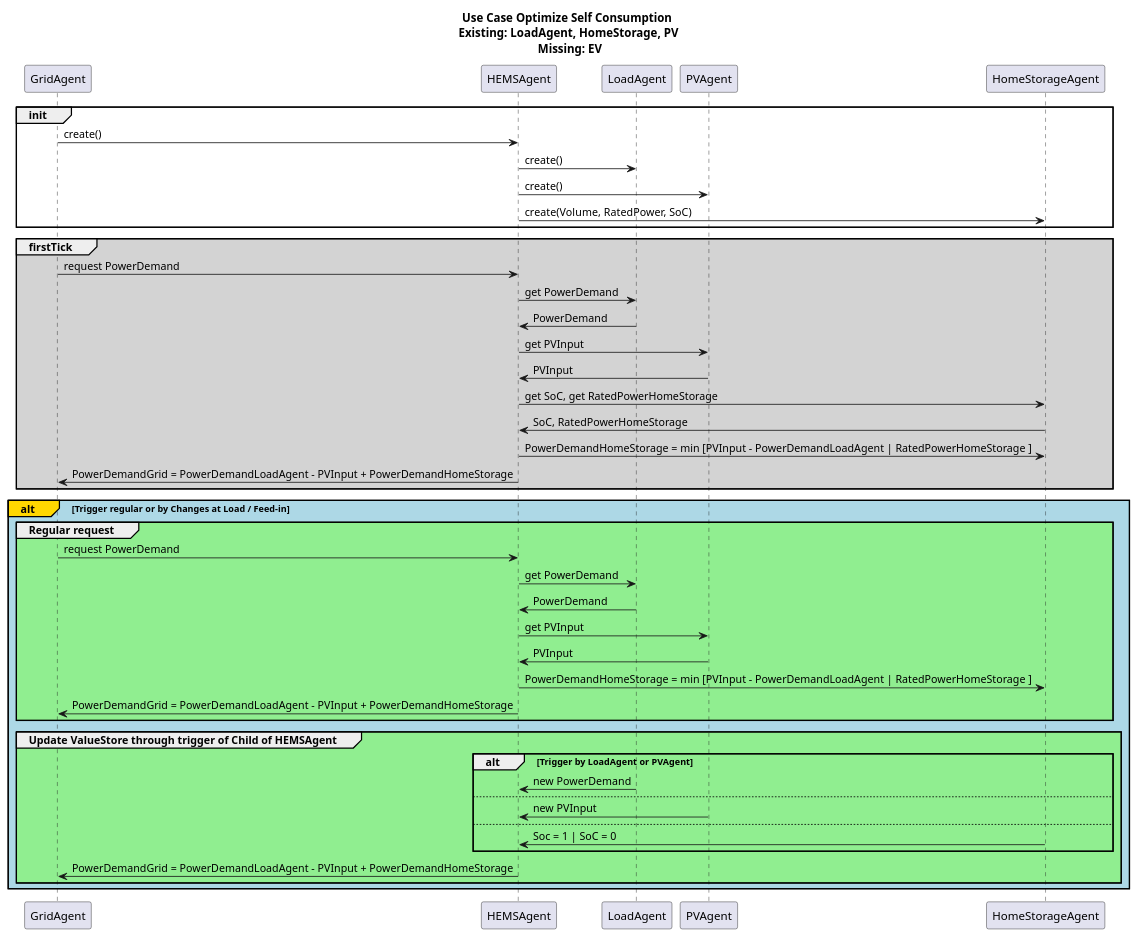
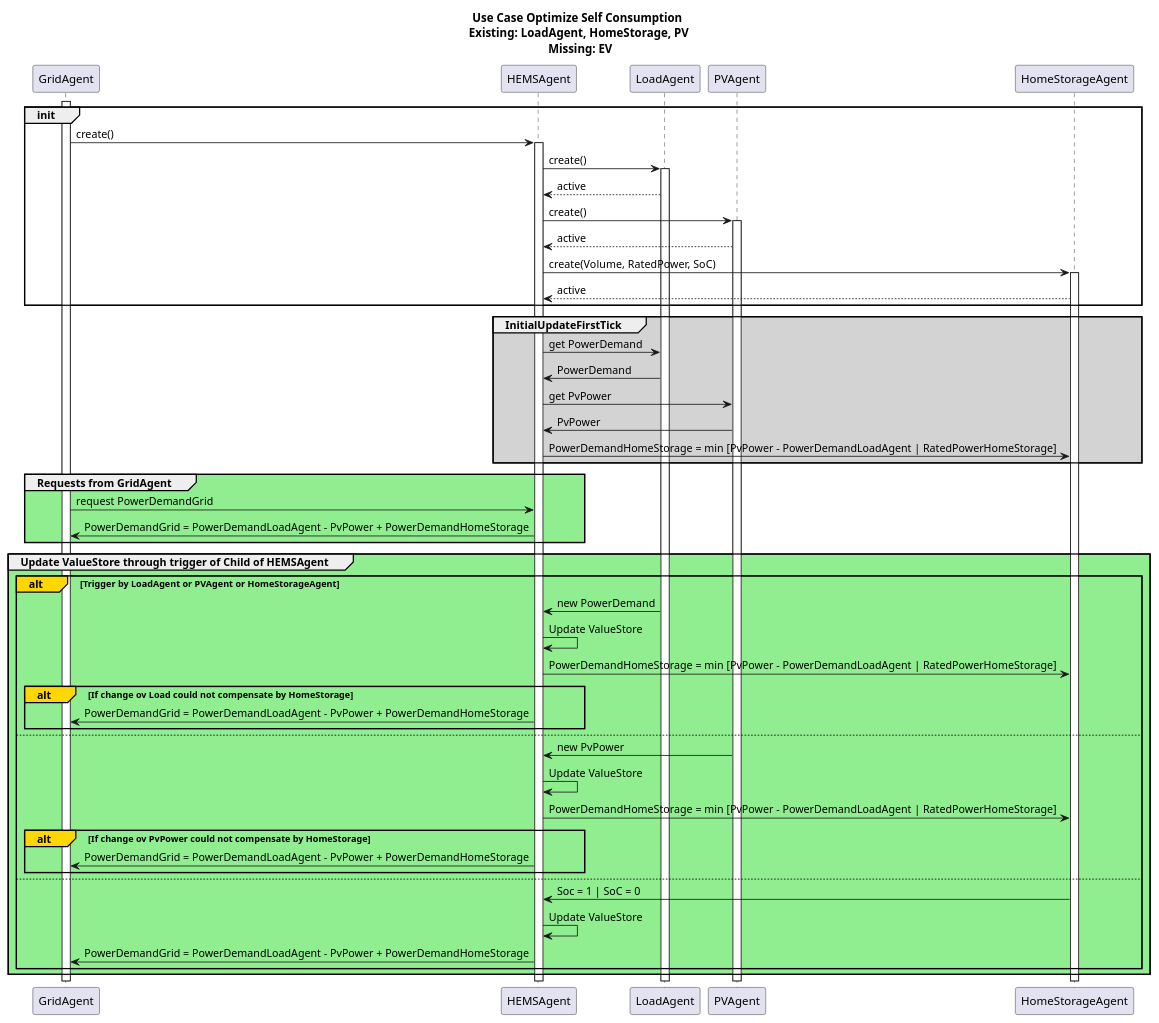
The diagram in docs/uml/protocol/HEMS_Control/HemsControlSelfOptLoadPvStorage.puml (ie3-institute/simona), drawn with PlantUML before and after one commit.

Commit message:
divide init and inital update

```diff
--- a/docs/uml/protocol/HEMS_Control/HemsControlSelfOptLoadPvStorage.puml
+++ b/docs/uml/protocol/HEMS_Control/HemsControlSelfOptLoadPvStorage.puml
@@ -1,46 +1,63 @@
 @startuml
+/'
+Check SoC of Homestorage when calculate PowerDemandHomeStorage
+
+'/
 title Use Case Optimize Self Consumption \n Existing: LoadAgent, HomeStorage, PV \n Missing: EV
 participant GridAgent
 participant HEMSAgent
 participant LoadAgent
 participant PVAgent
 participant HomeStorageAgent
 group init
+    activate GridAgent
     GridAgent -> HEMSAgent: create()
+        activate HEMSAgent
+
     HEMSAgent -> LoadAgent: create()
+        activate LoadAgent
+        LoadAgent --> HEMSAgent: active
+
     HEMSAgent -> PVAgent: create()
+        activate PVAgent
+         PVAgent --> HEMSAgent: active
+
     HEMSAgent -> HomeStorageAgent: create(Volume, RatedPower, SoC)
+        activate HomeStorageAgent
+        HomeStorageAgent --> HEMSAgent: active
     end
-group #LightGrey firstTick
-    GridAgent -> HEMSAgent: request PowerDemand
+group #LightGrey InitialUpdateFirstTick
     HEMSAgent -> LoadAgent: get PowerDemand
     LoadAgent -> HEMSAgent: PowerDemand
-    HEMSAgent -> PVAgent: get PVInput
-    PVAgent -> HEMSAgent: PVInput
-    HEMSAgent -> HomeStorageAgent: get SoC, get RatedPowerHomeStorage
-    HomeStorageAgent -> HEMSAgent:  SoC, RatedPowerHomeStorage
-    HEMSAgent -> HomeStorageAgent: PowerDemandHomeStorage = min [PVInput - PowerDemandLoadAgent | RatedPowerHomeStorage ]
-    HEMSAgent -> GridAgent: PowerDemandGrid = PowerDemandLoadAgent - PVInput + PowerDemandHomeStorage
+    HEMSAgent -> PVAgent: get PvPower
+    PVAgent -> HEMSAgent: PvPower
+    HEMSAgent -> HomeStorageAgent: PowerDemandHomeStorage = min [PvPower - PowerDemandLoadAgent | RatedPowerHomeStorage]
     end
-alt#Gold #LightBlue Trigger regular or by Changes at Load / Feed-in
-group #LightGreen Regular request
-    GridAgent -> HEMSAgent: request PowerDemand
-    HEMSAgent -> LoadAgent: get PowerDemand
-    LoadAgent -> HEMSAgent: PowerDemand
-    HEMSAgent -> PVAgent: get PVInput
-    PVAgent -> HEMSAgent: PVInput
-    HEMSAgent -> HomeStorageAgent: PowerDemandHomeStorage = min [PVInput - PowerDemandLoadAgent | RatedPowerHomeStorage ]
-    HEMSAgent -> GridAgent: PowerDemandGrid = PowerDemandLoadAgent - PVInput + PowerDemandHomeStorage
+group #LightGreen Requests from GridAgent
+    GridAgent -> HEMSAgent: request PowerDemandGrid
+    HEMSAgent -> GridAgent: PowerDemandGrid = PowerDemandLoadAgent - PvPower + PowerDemandHomeStorage
     end
+
 group #LightGreen Update ValueStore through trigger of Child of HEMSAgent
-    alt Trigger by LoadAgent or PVAgent
+    alt#Gold Trigger by LoadAgent or PVAgent or HomeStorageAgent
     LoadAgent -> HEMSAgent: new PowerDemand
+    HEMSAgent -> HEMSAgent: Update ValueStore
+    HEMSAgent -> HomeStorageAgent: PowerDemandHomeStorage = min [PvPower - PowerDemandLoadAgent | RatedPowerHomeStorage]
+    alt#Gold If change ov Load could not compensate by HomeStorage
+        HEMSAgent -> GridAgent: PowerDemandGrid = PowerDemandLoadAgent - PvPower + PowerDemandHomeStorage
+    end
     else
-    PVAgent -> HEMSAgent: new PVInput
+    PVAgent -> HEMSAgent: new PvPower
+    HEMSAgent -> HEMSAgent: Update ValueStore
+    HEMSAgent -> HomeStorageAgent: PowerDemandHomeStorage = min [PvPower - PowerDemandLoadAgent | RatedPowerHomeStorage]
+    alt#Gold If change ov PvPower could not compensate by HomeStorage
+    HEMSAgent -> GridAgent: PowerDemandGrid = PowerDemandLoadAgent - PvPower + PowerDemandHomeStorage
+    end
     else
     HomeStorageAgent -> HEMSAgent: Soc = 1 | SoC = 0
+    HEMSAgent -> HEMSAgent: Update ValueStore
+    HEMSAgent -> GridAgent: PowerDemandGrid = PowerDemandLoadAgent - PvPower + PowerDemandHomeStorage
     end
-    HEMSAgent -> GridAgent: PowerDemandGrid = PowerDemandLoadAgent - PVInput + PowerDemandHomeStorage
     end
-end
+
 @enduml
```
